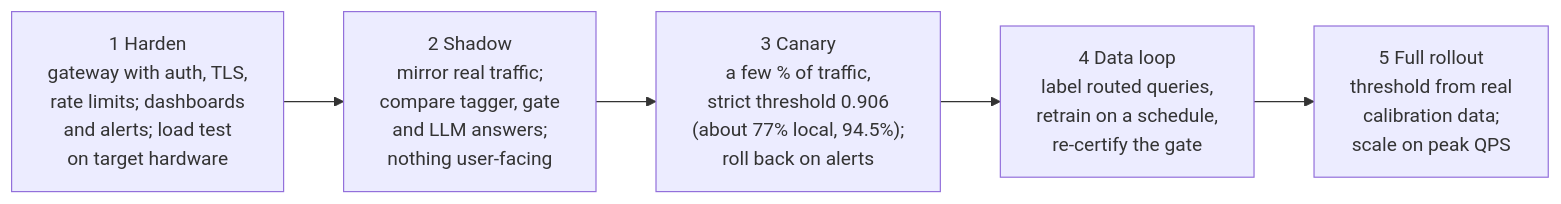
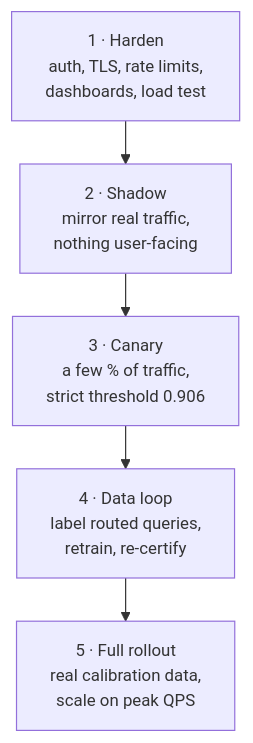
Before and after one commit to codingr47/y2_ai_engineer_home_assignment: the third of 3 diagrams in README.md, drawn with Mermaid. The commit also changed other lines of this file, not shown here.

Commit message:
diagrams aligning

````diff
--- a/README.md
+++ b/README.md
@@ -270,7 +261,8 @@
 ```mermaid
-flowchart LR
-    P1["1 Harden<br/>gateway with auth, TLS,<br/>rate limits; dashboards<br/>and alerts; load test<br/>on target hardware"] --> P2["2 Shadow<br/>mirror real traffic;<br/>compare tagger, gate<br/>and LLM answers;<br/>nothing user-facing"]
-    P2 --> P3["3 Canary<br/>a few % of traffic,<br/>strict threshold 0.906<br/>(about 77% local, 94.5%);<br/>roll back on alerts"]
-    P3 --> P4["4 Data loop<br/>label routed queries,<br/>retrain on a schedule,<br/>re-certify the gate"]
-    P4 --> P5["5 Full rollout<br/>threshold from real<br/>calibration data;<br/>scale on peak QPS"]
+%%{init: {"flowchart": {"htmlLabels": false, "padding": 14, "nodeSpacing": 28, "rankSpacing": 36, "curve": "basis"}, "themeVariables": {"fontFamily": "arial", "fontSize": "14px"}}}%%
+flowchart TD
+    P1["1 · Harden<br/>auth, TLS, rate limits,<br/>dashboards, load test"] --> P2["2 · Shadow<br/>mirror real traffic,<br/>nothing user-facing"]
+    P2 --> P3["3 · Canary<br/>a few % of traffic,<br/>strict threshold 0.906"]
+    P3 --> P4["4 · Data loop<br/>label routed queries,<br/>retrain, re-certify"]
+    P4 --> P5["5 · Full rollout<br/>real calibration data,<br/>scale on peak QPS"]
 ```
````
